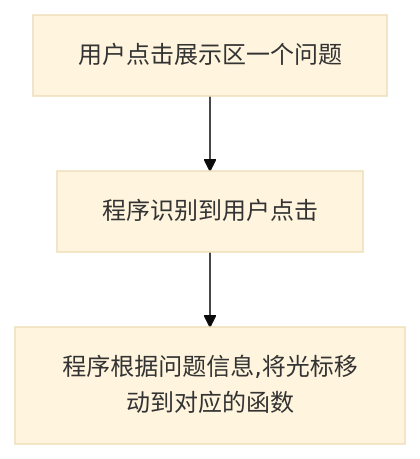
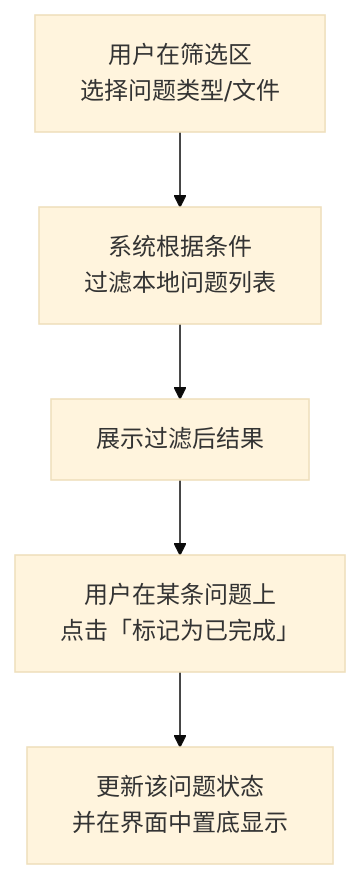
One commit to Aldebaran638/Doc-Doctor changed the fourth of 9 diagrams in RequirementDocument/需求文档.md. Above: the diagram before and after it, drawn with Mermaid (base theme). The commit also changed other lines of this file, not shown here.

````diff
--- a/RequirementDocument/需求文档.md
+++ b/RequirementDocument/需求文档.md
@@ -128,4 +269,11 @@
 ```mermaid
 flowchart TD
-    A[用户点击展示区一个问题] --> B[程序识别到用户点击]--> C[程序根据问题信息,将光标移动到对应的函数]
+    A[用户在筛选区
+选择问题类型/文件] --> B[系统根据条件
+过滤本地问题列表]
+    B --> C[展示过滤后结果]
+    C --> D[用户在某条问题上
+点击「标记为已完成」]
+    D --> E[更新该问题状态
+并在界面中置底显示]
 ```
````
